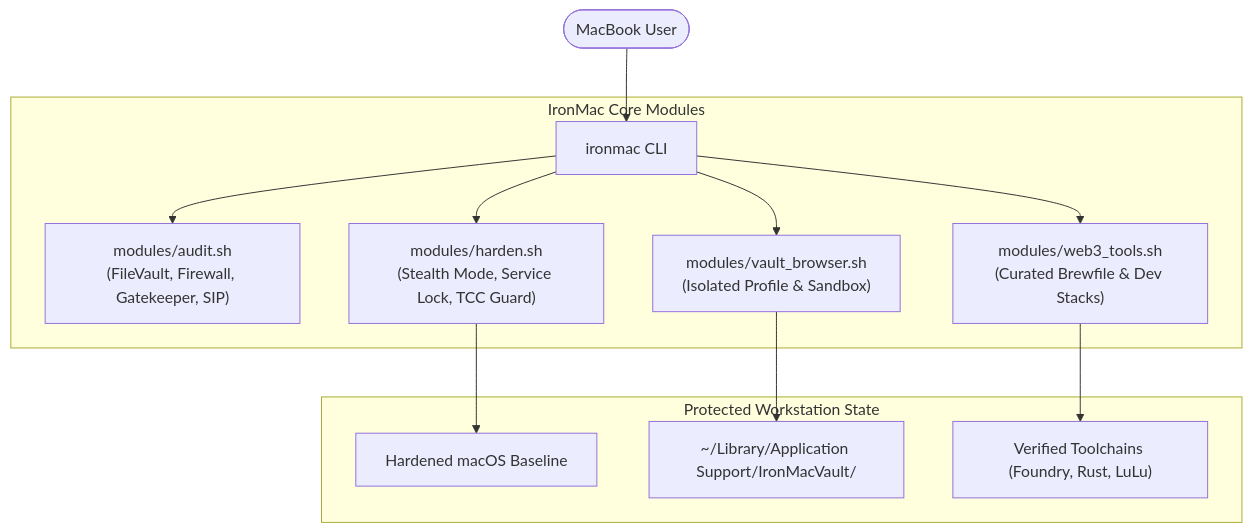
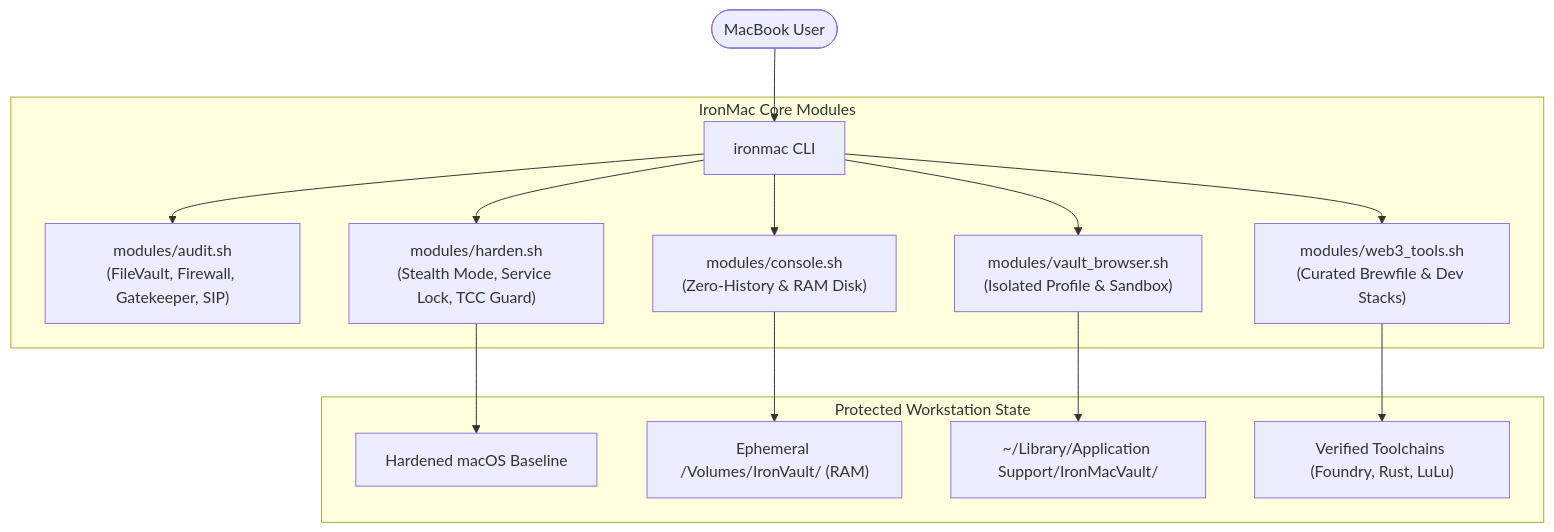
The diagram in README.md (0xaicrypto/ironmac), drawn with Mermaid before and after one commit. The commit also changed other lines of this file and 2 other files, not shown here.

Commit message:
feat: add zero-trace RAM-backed secure vault console

````diff
--- a/README.md
+++ b/README.md
@@ -77,17 +80,19 @@
 ```mermaid
 flowchart TD
     User([MacBook User]) --> CLI["ironmac CLI"]
     
     subgraph "IronMac Core Modules"
         CLI --> Audit["modules/audit.sh<br/>(FileVault, Firewall, Gatekeeper, SIP)"]
         CLI --> Harden["modules/harden.sh<br/>(Stealth Mode, Service Lock, TCC Guard)"]
+        CLI --> Console["modules/console.sh<br/>(Zero-History & RAM Disk)"]
         CLI --> VaultBrowser["modules/vault_browser.sh<br/>(Isolated Profile & Sandbox)"]
         CLI --> Web3Tools["modules/web3_tools.sh<br/>(Curated Brewfile & Dev Stacks)"]
     end
     
     subgraph "Protected Workstation State"
         Harden --> SecOS["Hardened macOS Baseline"]
+        Console --> RAMSpace["Ephemeral /Volumes/IronVault/ (RAM)"]
         VaultBrowser --> IsolatedData["~/Library/Application Support/IronMacVault/"]
         Web3Tools --> DevEnv["Verified Toolchains (Foundry, Rust, LuLu)"]
     end
 ```
````
